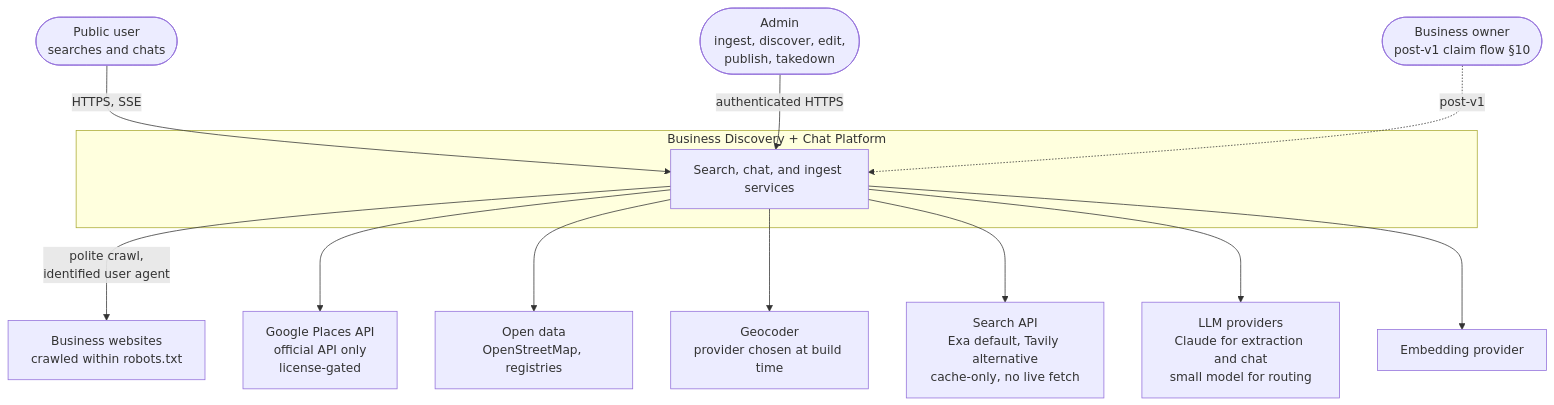
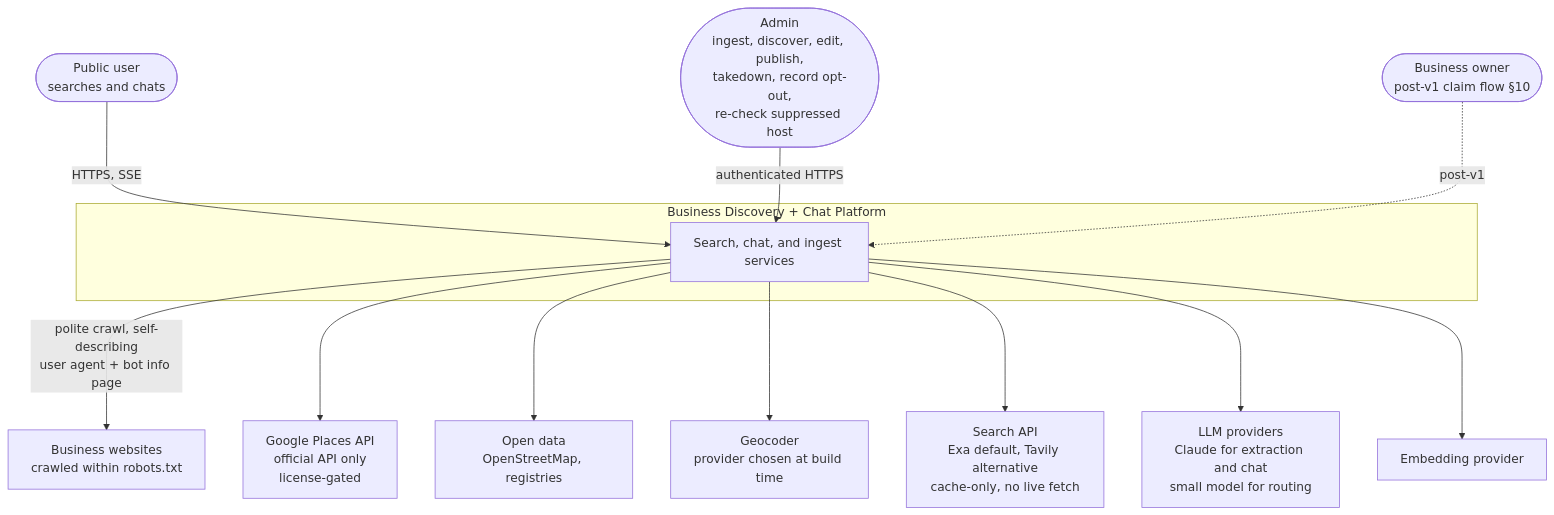
Before and after one commit to hp94087/akira: the third of 48 diagrams in architecture_v2.md, drawn with Mermaid. The commit also changed other lines of this file, not shown here.

First line of the commit message:
Update architecture_v2.md to match SPEC.md

````diff
--- a/architecture_v2.md
+++ b/architecture_v2.md
@@ -147,29 +147,29 @@
 ```mermaid
 flowchart TB
   user(["Public user<br/>searches and chats"])
-  admin(["Admin<br/>ingest, discover, edit,<br/>publish, takedown"])
+  admin(["Admin<br/>ingest, discover, edit, publish,<br/>takedown, record opt-out,<br/>re-check suppressed host"])
   owner(["Business owner<br/>post-v1 claim flow §10"])
 
   subgraph PLATFORM["Business Discovery + Chat Platform"]
     core["Search, chat, and ingest services"]
   end
 
   sites["Business websites<br/>crawled within robots.txt"]
   places["Google Places API<br/>official API only<br/>license-gated"]
   opendata["Open data<br/>OpenStreetMap, registries"]
   geocoder["Geocoder<br/>provider chosen at build time"]
   searchapi["Search API<br/>Exa default, Tavily alternative<br/>cache-only, no live fetch"]
   llm["LLM providers<br/>Claude for extraction and chat<br/>small model for routing"]
   emb["Embedding provider"]
 
   user -->|"HTTPS, SSE"| core
   admin -->|"authenticated HTTPS"| core
   owner -.->|"post-v1"| core
-  core -->|"polite crawl,<br/>identified user agent"| sites
+  core -->|"polite crawl, self-describing<br/>user agent + bot info page"| sites
   core --> places
   core --> opendata
   core --> geocoder
   core --> searchapi
   core --> llm
   core --> emb
 ```
````
